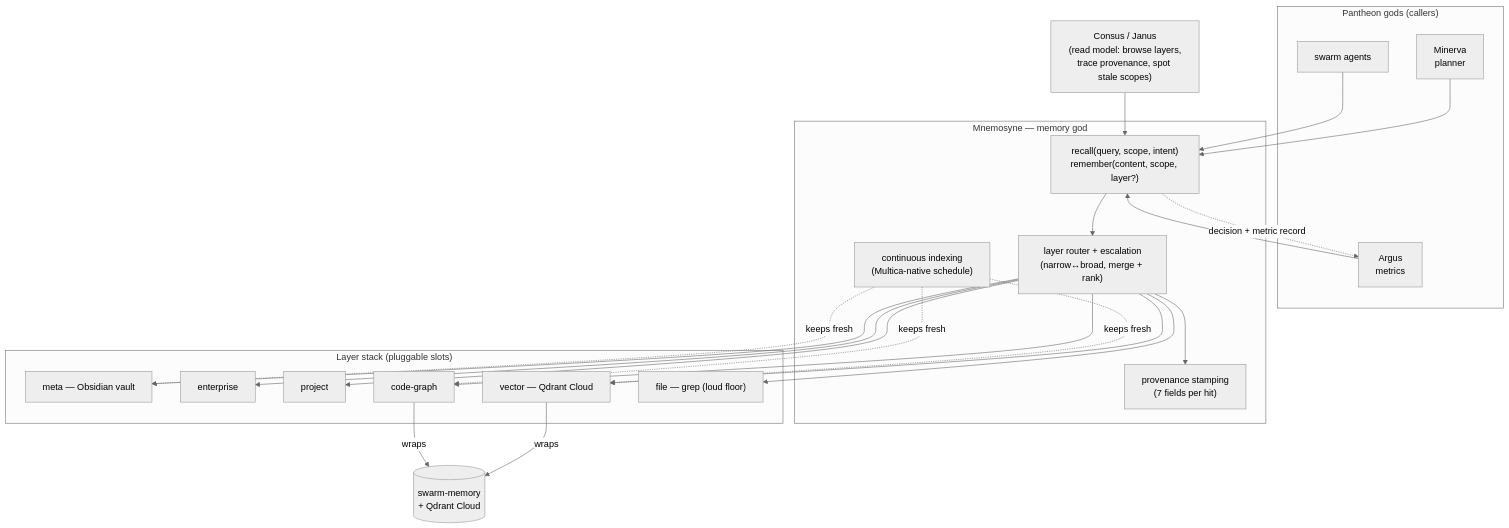
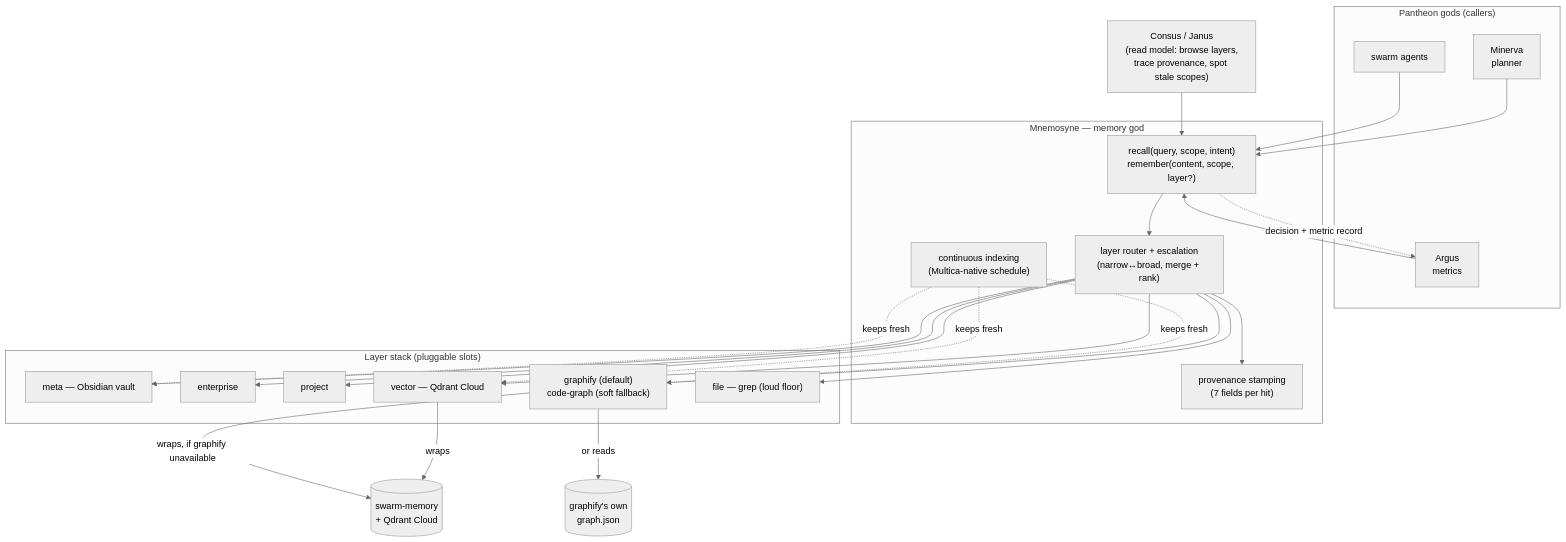
Before and after one commit to mdostal/mnemosyne: the diagram in README.md, drawn with Mermaid (neutral theme). The commit also changed other lines of this file and 15 other files, not shown here.

````diff
--- a/README.md
+++ b/README.md
@@ -35,47 +49,48 @@
 ```mermaid
 flowchart TB
   subgraph pantheon["Pantheon gods (callers)"]
     minerva["Minerva<br/>planner"]
     argus["Argus<br/>metrics"]
     swarm["swarm agents"]
   end
 
   subgraph mnemosyne["Mnemosyne — memory god"]
     api["recall(query, scope, intent)<br/>remember(content, scope, layer?)"]
     router["layer router + escalation<br/>(narrow↔broad, merge + rank)"]
     prov["provenance stamping<br/>(7 fields per hit)"]
     idx["continuous indexing<br/>(Multica-native schedule)"]
     api --> router --> prov
   end
 
   subgraph layers["Layer stack (pluggable slots)"]
     meta["meta — Obsidian vault"]
     ent["enterprise"]
     proj["project"]
-    cg["code-graph"]
+    cg["graphify (default)<br/>code-graph (soft fallback)"]
     vec["vector — Qdrant Cloud"]
     file["file — grep (loud floor)"]
   end
 
   minerva --> api
   argus --> api
   swarm --> api
 
   router --> meta
   router --> ent
   router --> proj
   router --> cg
   router --> vec
   router --> file
 
   idx -.keeps fresh.-> vec
   idx -.keeps fresh.-> cg
   idx -.keeps fresh.-> meta
 
   vec -->|wraps| sm[("swarm-memory<br/>+ Qdrant Cloud")]
-  cg -->|wraps| sm
+  cg -->|wraps, if graphify unavailable| sm
+  cg -->|or reads| gj[("graphify's own<br/>graph.json")]
 
   api -.decision + metric record.-> argus
 
   consus["Consus / Janus<br/>(read model: browse layers,<br/>trace provenance, spot stale scopes)"] --> api
 ```
````
